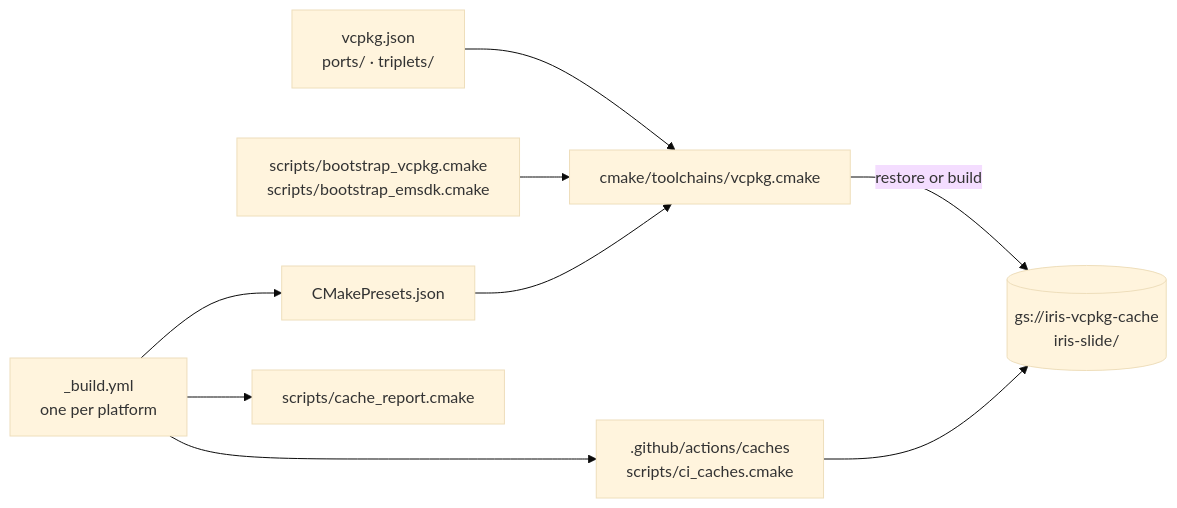
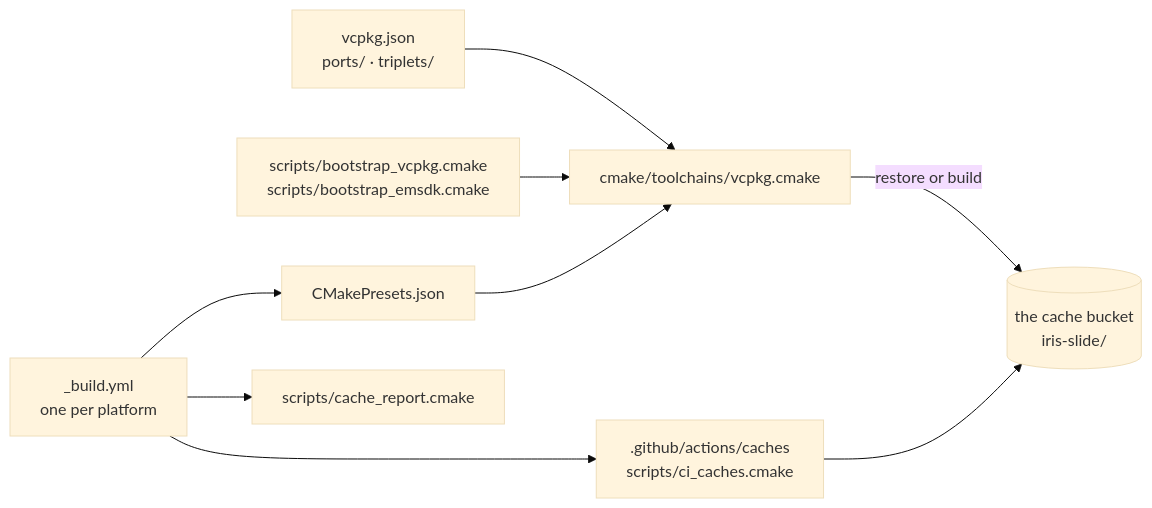
One commit to Aptix-Bio/Iris-Slide changed the first of 2 diagrams in development/PIPELINE.md. Above: the diagram before and after it, drawn with Mermaid (base theme). The commit also changed other lines of this file and 6 other files, not shown here.

First line of the commit message:
DevelopmentSplit_21.6: the cache bucket and its service accounts are repository variables

````diff
--- a/development/PIPELINE.md
+++ b/development/PIPELINE.md
@@ -10,11 +10,11 @@
 ```mermaid
 flowchart LR
     M["vcpkg.json<br/>ports/ · triplets/"] --> T["cmake/toolchains/vcpkg.cmake"]
     B["scripts/bootstrap_vcpkg.cmake<br/>scripts/bootstrap_emsdk.cmake"] --> T
-    T -->|"restore or build"| S[("gs://iris-vcpkg-cache<br/>iris-slide/")]
+    T -->|"restore or build"| S[("the cache bucket<br/>iris-slide/")]
     P["CMakePresets.json"] --> T
     W["_build.yml<br/>one per platform"] --> P
     A[".github/actions/caches<br/>scripts/ci_caches.cmake"] --> S
     W --> A
     W --> R["scripts/cache_report.cmake"]
 ```
````
